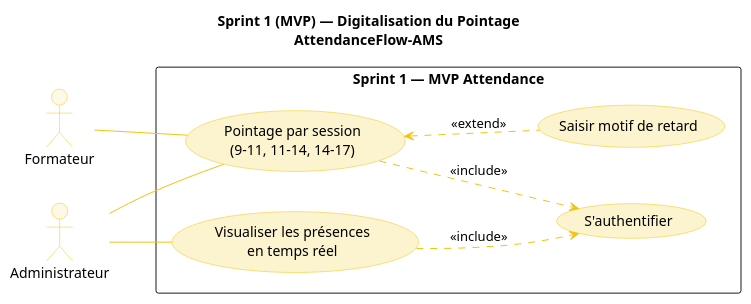
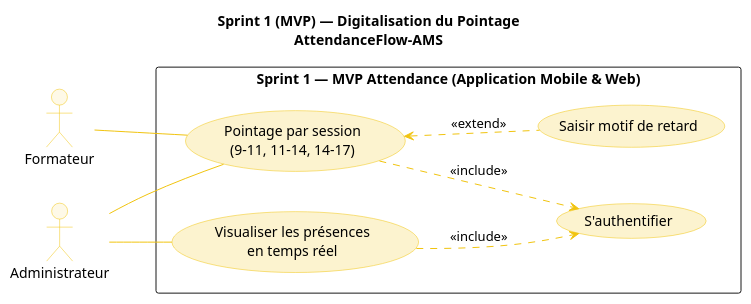
The diagram in Analyse/cas_utilisation/cas_utilisation_sprints/sprint1.puml (abdelhaymallouli/AttendanceFlow-AMS), drawn with PlantUML before and after one commit. The commit also changed 7 other files, not shown here.

```diff
--- a/Analyse/cas_utilisation/cas_utilisation_sprints/sprint1.puml
+++ b/Analyse/cas_utilisation/cas_utilisation_sprints/sprint1.puml
@@ -1,34 +1,34 @@
 @startuml sprint1
 title Sprint 1 (MVP) — Digitalisation du Pointage\nAttendanceFlow-AMS
 
 left to right direction
 
 skinparam usecase {
   BackgroundColor #FCF3CF
   BorderColor #F1C40F
   ArrowColor #F1C40F
 }
 skinparam actor {
   BorderColor #F1C40F
   BackgroundColor #FEF9E7
 }
 
 actor "Formateur" as Trainer
 actor "Administrateur" as Admin
 
-rectangle "Sprint 1 — MVP Attendance" {
+rectangle "Sprint 1 — MVP Attendance (Application Mobile & Web)" {
   usecase "S'authentifier" as UC01
   usecase "Pointage par session\n(9-11, 11-14, 14-17)" as UC02
   usecase "Saisir motif de retard" as UC02a
   usecase "Visualiser les présences\nen temps réel" as UC03
 
   UC02 ..> UC01 : <<include>>
   UC03 ..> UC01 : <<include>>
   UC02 <.. UC02a : <<extend>>
 }
 
 Trainer -- UC02
 Admin -- UC02
 Admin -- UC03
 
 @enduml
```
